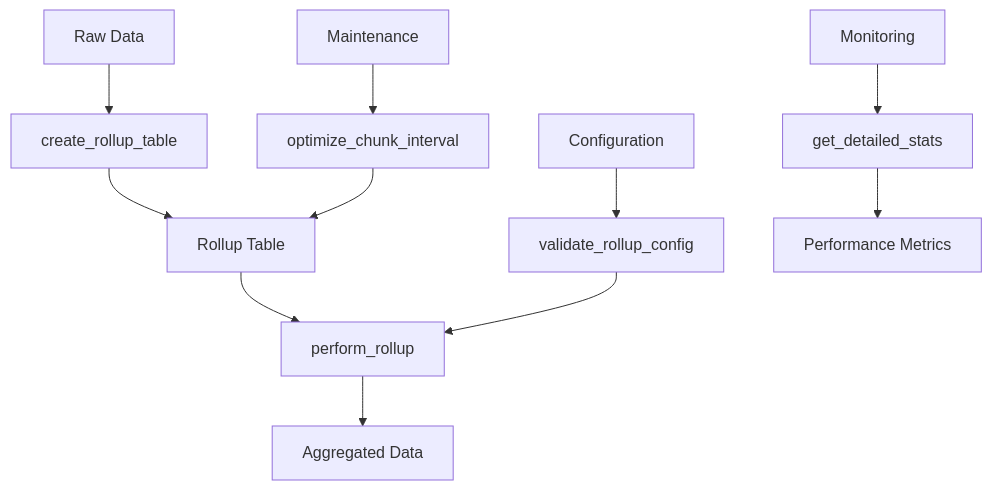
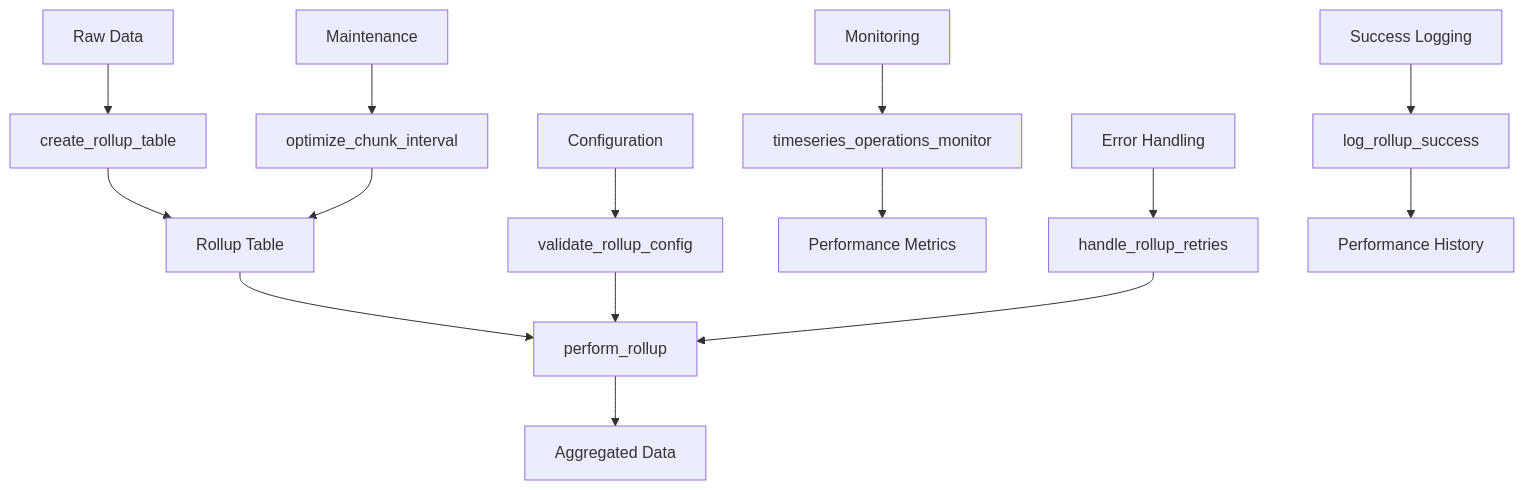
One commit to anilpraneeth/time-series-rollup changed the third of 3 diagrams in src/main/pgdb/migrations/foundational/timeseries/README.md. Above: the diagram before and after it, drawn with Mermaid. The commit also changed other lines of this file and 1 other file, not shown here.

````diff
--- a/src/main/pgdb/migrations/foundational/timeseries/README.md
+++ b/src/main/pgdb/migrations/foundational/timeseries/README.md
@@ -305,16 +346,22 @@
 ```mermaid
 flowchart TD
     A[Raw Data] --> B[create_rollup_table]
     B --> C[Rollup Table]
     C --> D[perform_rollup]
     D --> E[Aggregated Data]
     
     F[Configuration] --> G[validate_rollup_config]
     G --> D
     
     H[Maintenance] --> I[optimize_chunk_interval]
     I --> C
     
-    J[Monitoring] --> K[get_detailed_stats]
+    J[Monitoring] --> K[timeseries_operations_monitor]
     K --> L[Performance Metrics]
+    
+    M[Error Handling] --> N[handle_rollup_retries]
+    N --> D
+    
+    O[Success Logging] --> P[log_rollup_success]
+    P --> Q[Performance History]
 ```
````
